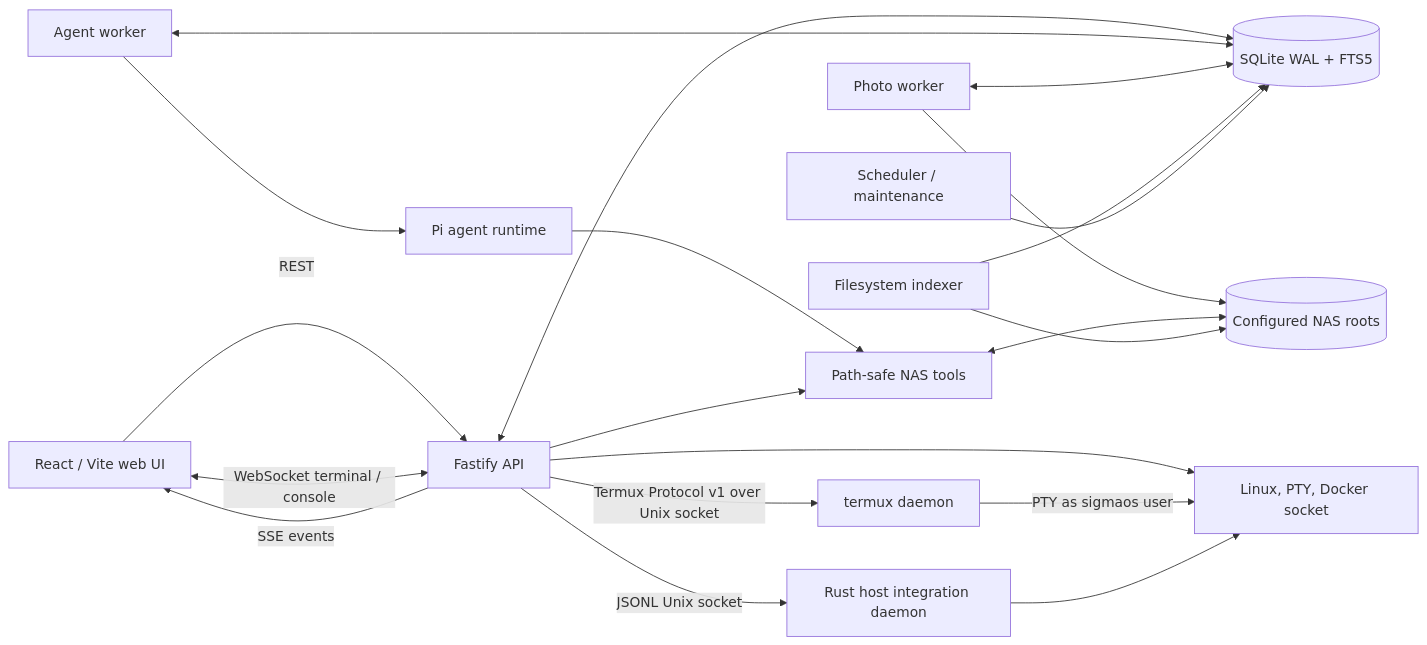
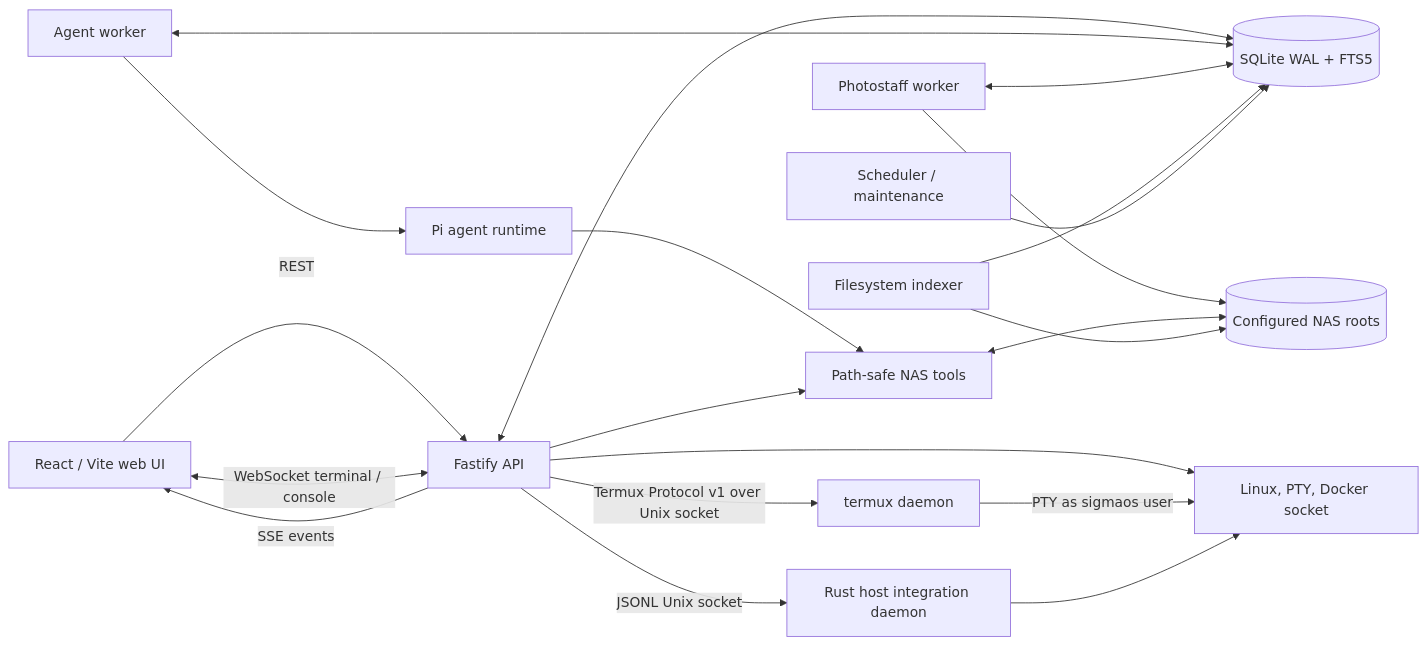
Before and after one commit to zhubby/SigmaOS: the diagram in README.md, drawn with Mermaid. The commit also changed other lines of this file and 99 other files, not shown here.

First line of the commit message:
feat(photostaff): replace photo worker with Rust service

````diff
--- a/README.md
+++ b/README.md
@@ -76,35 +76,35 @@
 ```mermaid
 flowchart LR
   Browser["React / Vite web UI"]
   API["Fastify API"]
   DB[("SQLite WAL + FTS5")]
   Worker["Agent worker"]
-  PhotoWorker["Photo worker"]
+  Photostaff["Photostaff worker"]
   Agent["Pi agent runtime"]
   Indexer["Filesystem indexer"]
   Scheduler["Scheduler / maintenance"]
   Tools["Path-safe NAS tools"]
   Roots[("Configured NAS roots")]
   Host["Linux, PTY, Docker socket"]
   Hostd["Rust host integration daemon"]
 
   Browser -->|REST| API
   API -->|SSE events| Browser
   Browser <-->|WebSocket terminal / console| API
   API <--> DB
   Worker <--> DB
   Worker --> Agent
-  PhotoWorker <--> DB
-  PhotoWorker --> Roots
+  Photostaff <--> DB
+  Photostaff --> Roots
   Agent --> Tools
   API --> Tools
   Tools <--> Roots
   Indexer --> Roots
   Indexer --> DB
   Scheduler --> DB
   API --> Host
   API -->|Termux Protocol v1 over Unix socket| Termux[termux daemon]
   Termux -->|PTY as sigmaos user| Host
   API -->|JSONL Unix socket| Hostd
   Hostd --> Host
 ```
````
